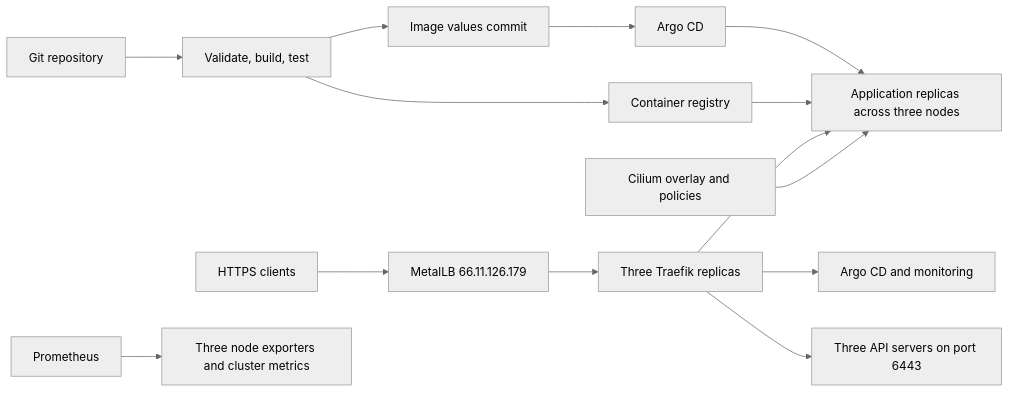
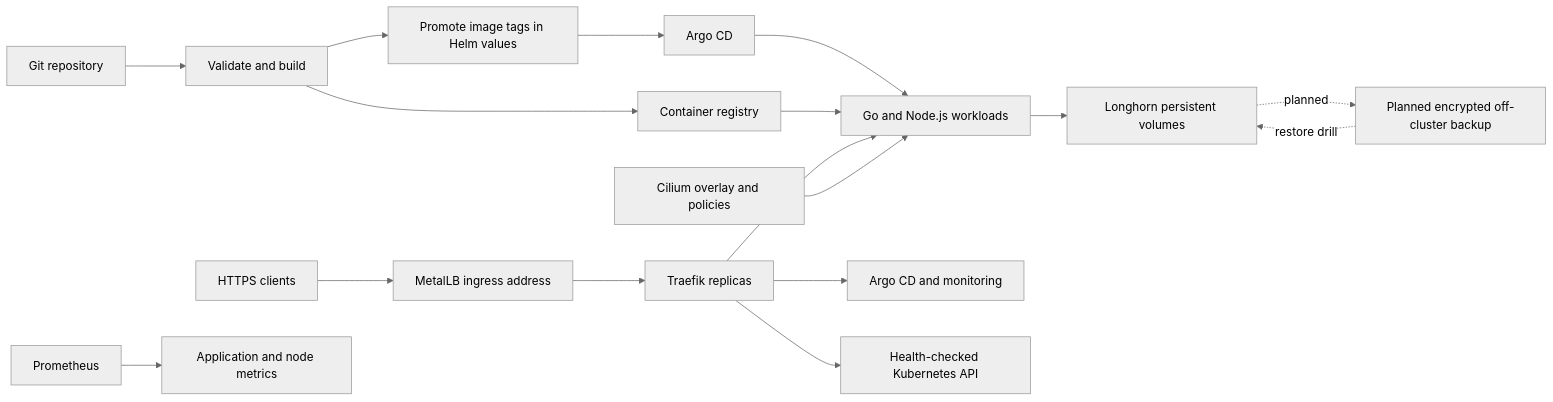
One commit to egyhaty/karm-devops changed the diagram in docs/architecture.md. Above: the diagram before and after it, drawn with Mermaid (neutral theme). The commit also changed other lines of this file and 6 other files, not shown here.

````diff
--- a/docs/architecture.md
+++ b/docs/architecture.md
@@ -5,16 +5,19 @@
 ```mermaid
 flowchart LR
-  Git[Git repository] --> CI[Validate, build, test]
+  Git[Git repository] --> CI[Validate and build]
   CI --> Registry[Container registry]
-  CI --> Values[Image values commit]
+  CI --> Values[Promote image tags in Helm values]
   Values --> Argo[Argo CD]
-  Argo --> Apps[Application replicas across three nodes]
+  Argo --> Apps[Go and Node.js workloads]
   Registry --> Apps
-  Clients[HTTPS clients] --> VIP[MetalLB 66.11.126.179]
-  VIP --> Traefik[Three Traefik replicas]
+  Clients[HTTPS clients] --> VIP[MetalLB ingress address]
+  VIP --> Traefik[Traefik replicas]
   Traefik --> Apps
   Traefik --> UI[Argo CD and monitoring]
-  Traefik --> API[Three API servers on port 6443]
+  Traefik --> API[Health-checked Kubernetes API]
   Cilium[Cilium overlay and policies] --> Apps
-  Prom[Prometheus] --> Nodes[Three node exporters and cluster metrics]
+  Prom[Prometheus] --> Metrics[Application and node metrics]
+  Apps --> PVC[Longhorn persistent volumes]
+  PVC -. planned .-> Backup[Planned encrypted off-cluster backup]
+  Backup -. restore drill .-> PVC
 ```
````
